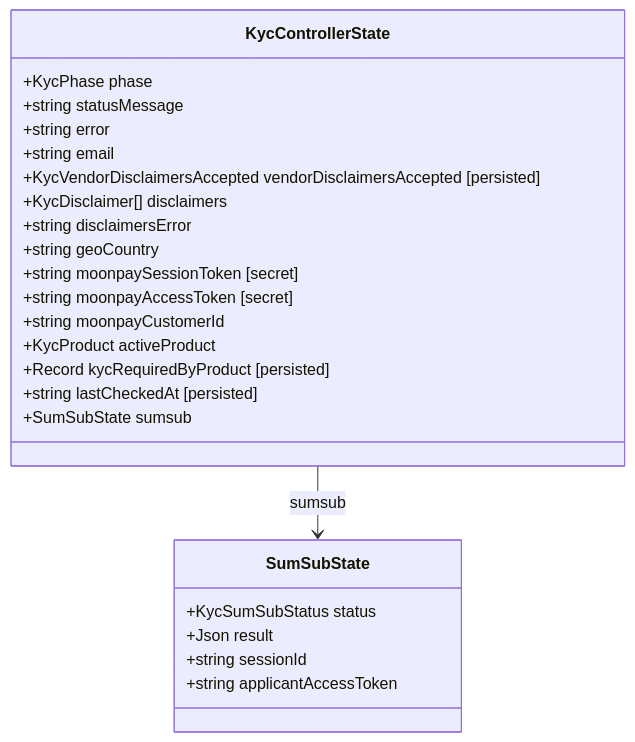
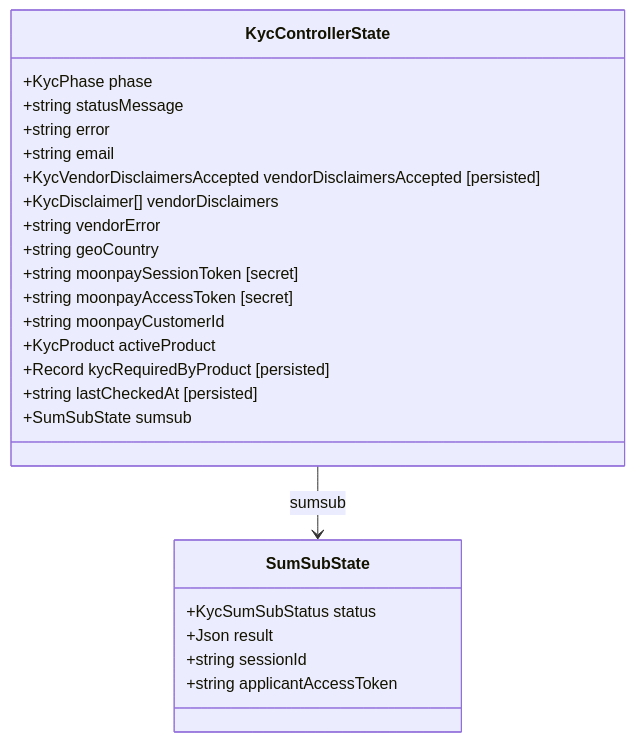
One commit to MetaMask/core changed the second of 10 diagrams in packages/kyc-controller/ARCHITECTURE.md. Above: the diagram before and after it, drawn with Mermaid. The commit also changed other lines of this file and 4 other files, not shown here.

Commit message:
rename disclaimers to vendorDisclaimers. Rename disclaimersError to vendorError

````diff
--- a/packages/kyc-controller/ARCHITECTURE.md
+++ b/packages/kyc-controller/ARCHITECTURE.md
@@ -173,27 +173,27 @@
 ```mermaid
 classDiagram
     class KycControllerState {
         +KycPhase phase
         +string statusMessage
         +string error
         +string email
         +KycVendorDisclaimersAccepted vendorDisclaimersAccepted [persisted]
-        +KycDisclaimer[] disclaimers
-        +string disclaimersError
+        +KycDisclaimer[] vendorDisclaimers
+        +string vendorError
         +string geoCountry
         +string moonpaySessionToken [secret]
         +string moonpayAccessToken [secret]
         +string moonpayCustomerId
         +KycProduct activeProduct
         +Record kycRequiredByProduct [persisted]
         +string lastCheckedAt [persisted]
         +SumSubState sumsub
     }
     class SumSubState {
         +KycSumSubStatus status
         +Json result
         +string sessionId
         +string applicantAccessToken
     }
     KycControllerState --> SumSubState : sumsub
 ```
````
